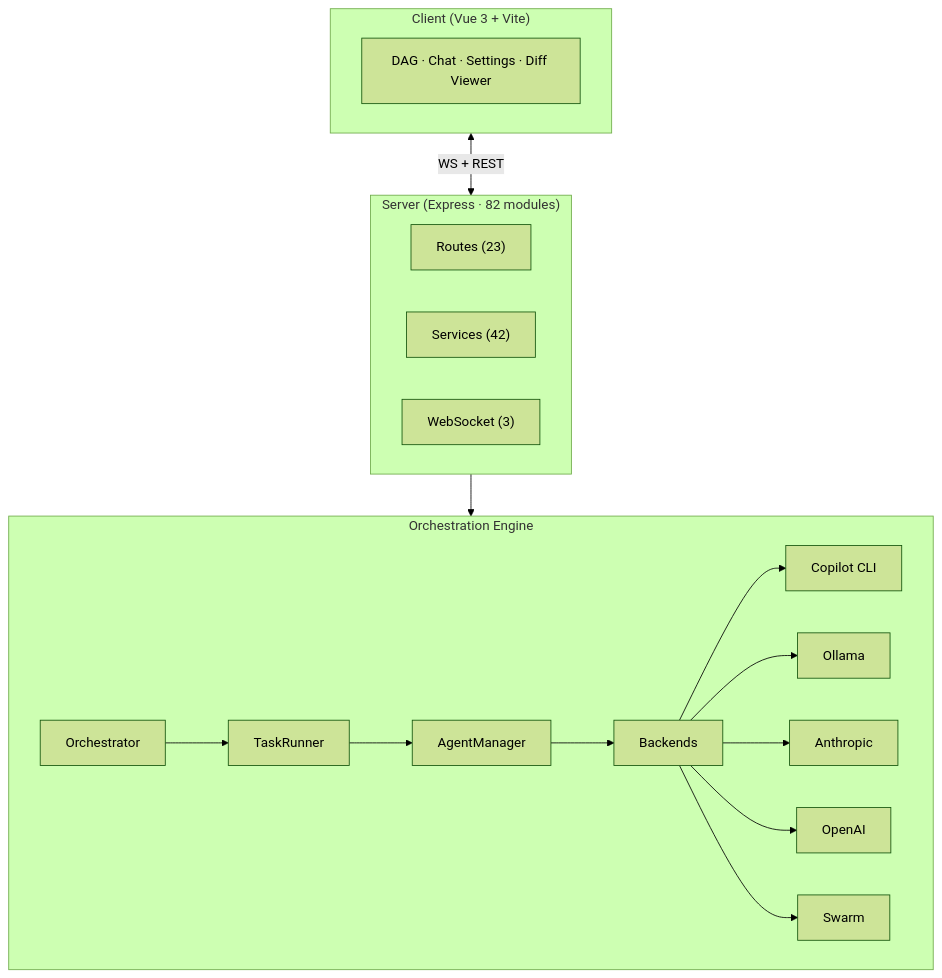
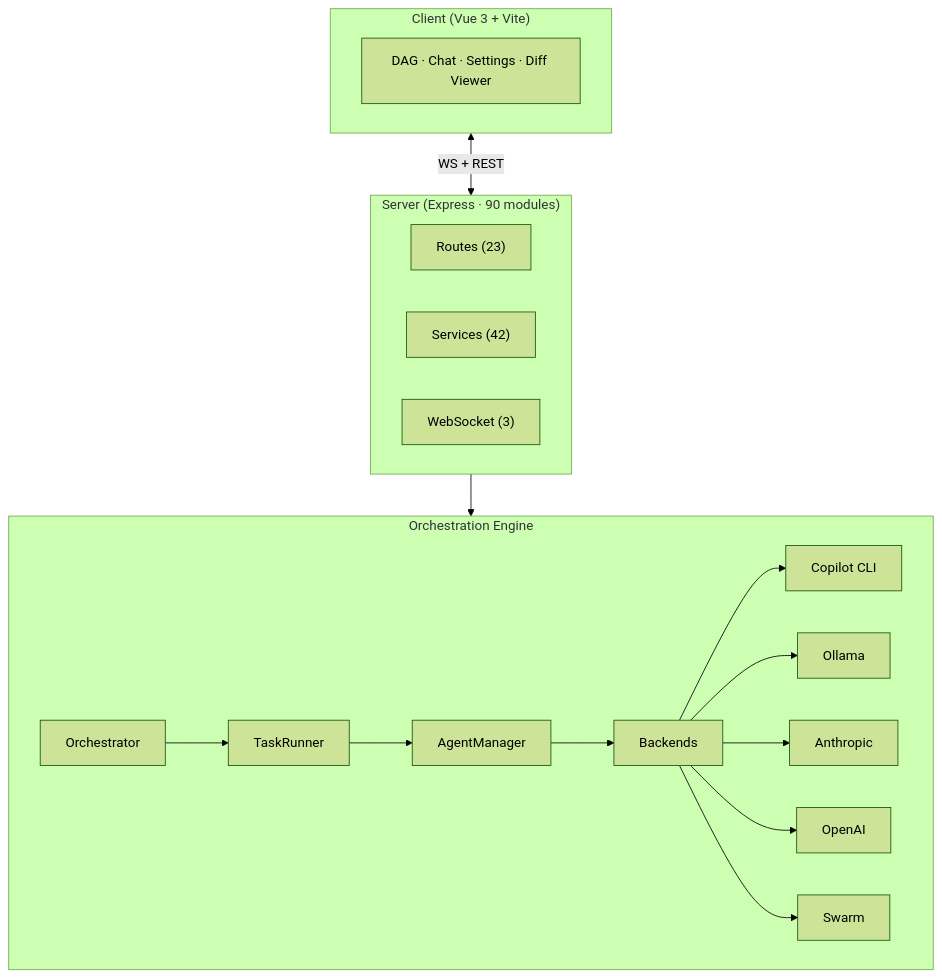
Before and after one commit to MrUnreal/hAIvemind: the third of 3 diagrams in README.md, drawn with Mermaid (forest theme). The commit also changed other lines of this file and 11 other files, not shown here.

````diff
--- a/README.md
+++ b/README.md
@@ -120,27 +120,27 @@
 ```mermaid
 graph TB
   subgraph Client["Client (Vue 3 + Vite)"]
     UI["DAG · Chat · Settings · Diff Viewer"]
   end
 
-  subgraph Server["Server (Express · 82 modules)"]
+  subgraph Server["Server (Express · 90 modules)"]
     direction LR
     R["Routes (23)"]
     S["Services (42)"]
     WS["WebSocket (3)"]
   end
 
   subgraph Engine["Orchestration Engine"]
     ORC["Orchestrator"] --> TK["TaskRunner"]
     TK --> AM["AgentManager"]
     AM --> BE["Backends"]
     BE --> CP["Copilot CLI"]
     BE --> OL["Ollama"]
     BE --> AN["Anthropic"]
     BE --> OA["OpenAI"]
     BE --> SW["Swarm"]
   end
 
   Client <-->|"WS + REST"| Server
   Server --> Engine
 ```
````
